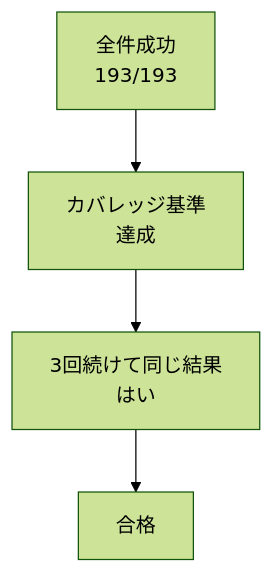
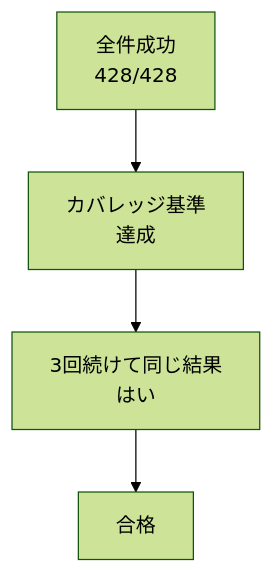
One commit to pocarialice/rpglearning changed the third of 3 diagrams in documents/モジュールテスト結果報告書_RPG学習アプリ.md. Above: the diagram before and after it, drawn with Mermaid (forest theme). The commit also changed other lines of this file and 2 other files, not shown here.

````diff
--- a/documents/モジュールテスト結果報告書_RPG学習アプリ.md
+++ b/documents/モジュールテスト結果報告書_RPG学習アプリ.md
@@ -481,6 +890,6 @@
 ```mermaid
 flowchart TD
-  A["全件成功<br>193/193"] --> B["カバレッジ基準<br>達成"]
+  A["全件成功<br>428/428"] --> B["カバレッジ基準<br>達成"]
   B --> C["3回続けて同じ結果<br>はい"]
   C --> D["合格"]
 ```
````
